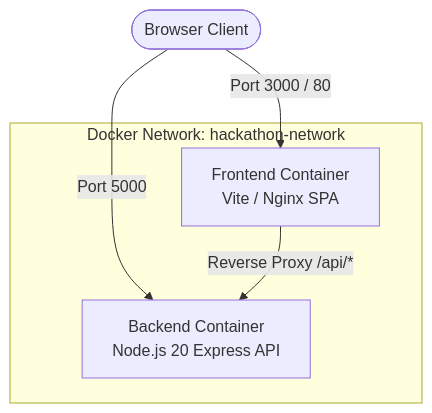
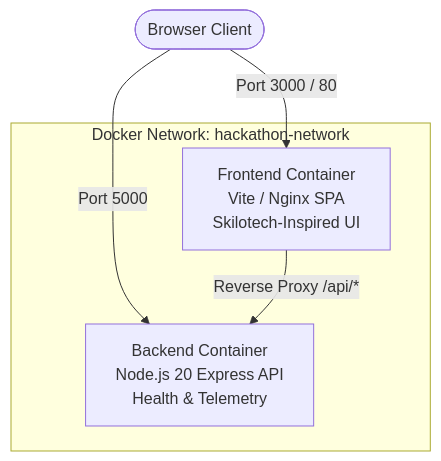
One commit to Parag127/CodeQuest-AI-AI-Coding-Mentor-Debugging-Missions changed the diagram in readme.md. Above: the diagram before and after it, drawn with Mermaid. The commit also changed other lines of this file and 23 other files, not shown here.

Commit message:
feat: add Skilotech UI, dedicated Login page, CodeDNA sandbox, and Express API

````diff
--- a/readme.md
+++ b/readme.md
@@ -9,11 +9,11 @@
 ```mermaid
 graph TD
-    User([Browser Client]) -->|Port 3000 / 80| Frontend[Frontend Container<br/>Vite / Nginx SPA]
-    User -->|Port 5000| Backend[Backend Container<br/>Node.js 20 Express API]
+    User([Browser Client]) -->|Port 3000 / 80| Frontend[Frontend Container<br/>Vite / Nginx SPA<br/>Skilotech-Inspired UI]
+    User -->|Port 5000| Backend[Backend Container<br/>Node.js 20 Express API<br/>Health & Telemetry]
     Frontend -->|Reverse Proxy /api/*| Backend
     
     subgraph Docker Network: hackathon-network
         Frontend
         Backend
     end
 ```
````
